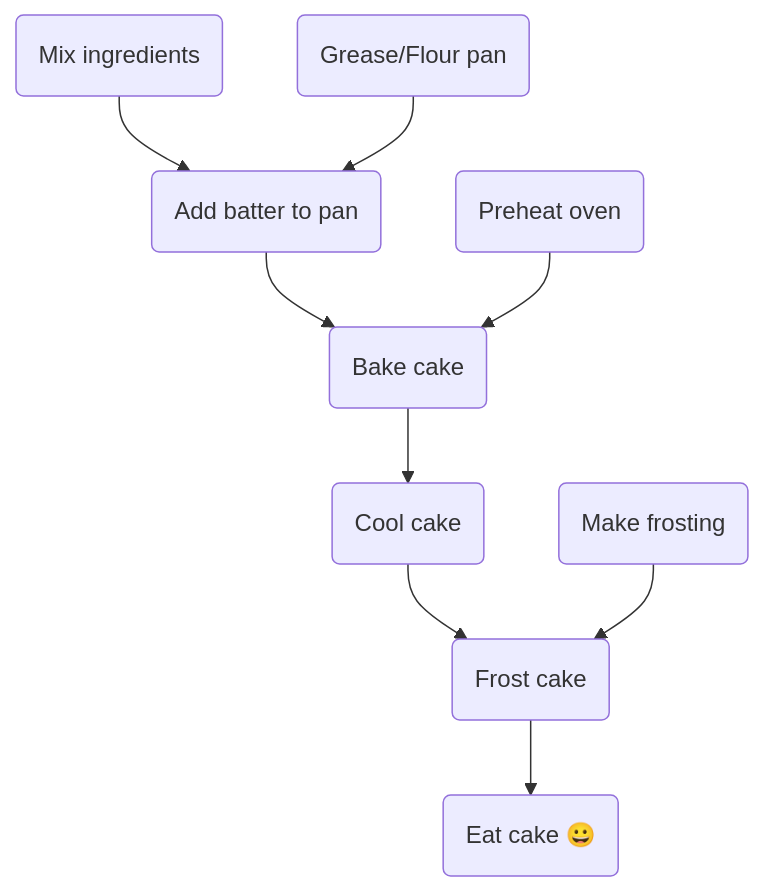
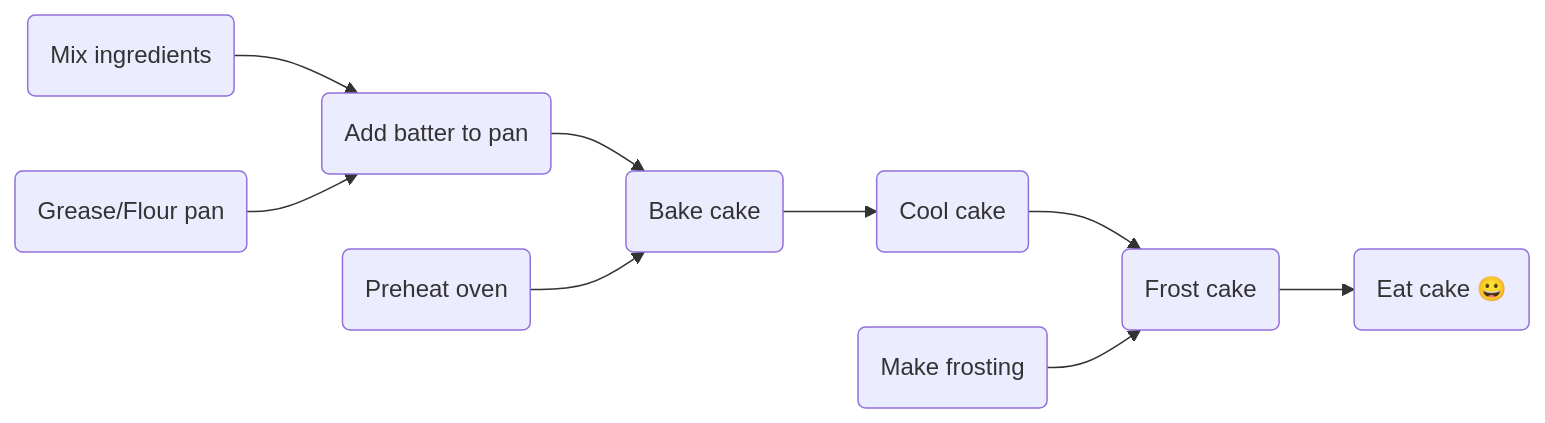
One commit to sweinst/Grafology changed the diagram in README.md. Above: the diagram before and after it, drawn with Mermaid.

Commit message:
Still defining the graph example

````diff
--- a/README.md
+++ b/README.md
@@ -41,12 +41,12 @@
 ```mermaid
-%%{init: {'themeVariables': {'fontSize': 8,'sectionFontSize': 8}}}%%
-graph TD;
+%%{init: {'themeVariables': {'fontSize': 9,'sectionFontSize': 9}}}%%
+graph LR;
 A(Mix ingredients) --> B(Add batter to pan) 
 C(Grease/Flour pan) --> B(Add batter to pan) 
 B(Add batter to pan) --> D(Bake cake) 
 E(Preheat oven) --> D(Bake cake) 
 D(Bake cake) --> F(Cool cake) 
 F(Cool cake) --> G(Frost cake) 
 H(Make frosting) --> G(Frost cake) 
 G(Frost cake) --> i(Eat cake 😀) 
 ```
````
